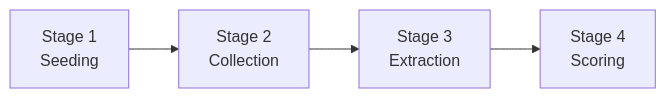
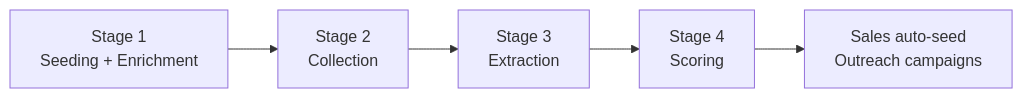
Before and after one commit to GuilhermeDaSilvaFerreira/ai-usage-scraper: the first of 6 diagrams in backend/docs/data-extraction-pipeline/PIPELINE.md, drawn with Mermaid. The commit also changed other lines of this file and 7 other files, not shown here.

````diff
--- a/backend/docs/data-extraction-pipeline/PIPELINE.md
+++ b/backend/docs/data-extraction-pipeline/PIPELINE.md
@@ -5,6 +5,7 @@
 ```mermaid
 flowchart LR
-    SEED[Stage 1\nSeeding] --> COLLECT[Stage 2\nCollection]
-    COLLECT --> EXTRACT[Stage 3\nExtraction]
-    EXTRACT --> SCORE[Stage 4\nScoring]
+    SEED[Stage 1<br/>Seeding + Enrichment] --> COLLECT[Stage 2<br/>Collection]
+    COLLECT --> EXTRACT[Stage 3<br/>Extraction]
+    EXTRACT --> SCORE[Stage 4<br/>Scoring]
+    SCORE --> OUTREACH[Sales auto-seed<br/>Outreach campaigns]
 ```
````
